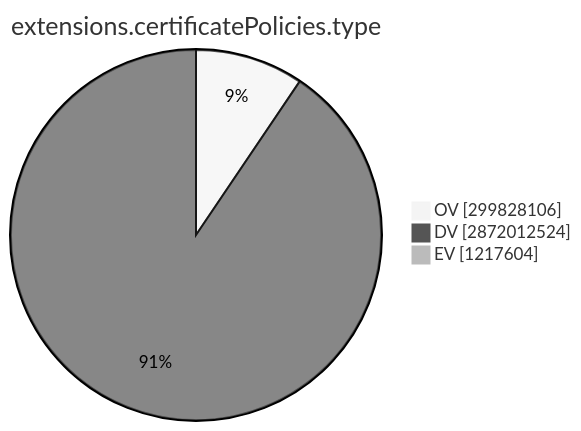
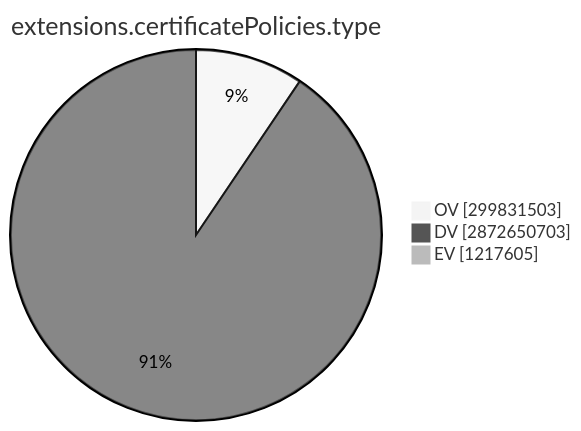
The ninth of 15 diagrams in TOTAL/README.md (christiankrug/ctmonitor_visualization), drawn with Mermaid (neutral theme) before and after one commit. The commit also changed other lines of this file, not shown here.

````diff
--- a/TOTAL/README.md
+++ b/TOTAL/README.md
@@ -3101,7 +3101,7 @@
 ```mermaid
 pie showData
 title extensions.certificatePolicies.type
-"OV" :299828106
-"DV" :2872012524
-"EV" :1217604
+"OV" :299831503
+"DV" :2872650703
+"EV" :1217605
 ```
````
